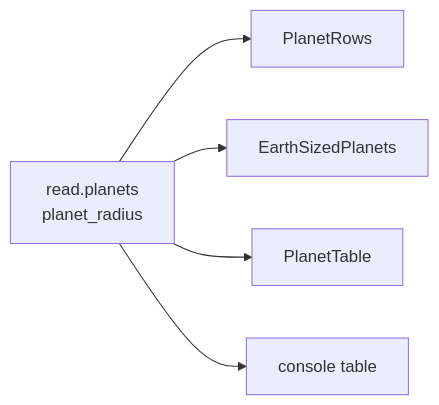
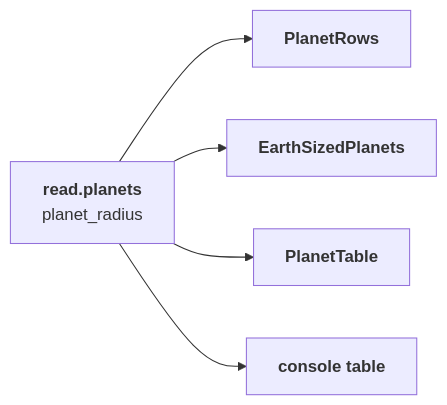
One commit to FAST-HEP/fasthep-flow changed the fourth of 5 diagrams in docs/execution/plan.md. Above: the diagram before and after it, drawn with Mermaid. The commit also changed other lines of this file and 7 other files, not shown here.

````diff
--- a/docs/execution/plan.md
+++ b/docs/execution/plan.md
@@ -708,13 +713,13 @@
 ```{mermaid}
 flowchart LR
-    Source["read.planets<br/>planet_radius"]
-    Explode["PlanetRows"]
-    Filter["EarthSizedPlanets"]
-    Project["PlanetTable"]
-    Write["console table"]
+    Source["<b>read.planets</b><br/>planet_radius"]:::source
+    Explode["<b>PlanetRows</b>"]:::transform
+    Filter["<b>EarthSizedPlanets</b>"]:::transform
+    Project["<b>PlanetTable</b>"]:::transform
+    Write["<b>console table</b>"]:::sink
 
     Source --> Explode
     Source --> Filter
     Source --> Project
     Source --> Write
 ```
````
